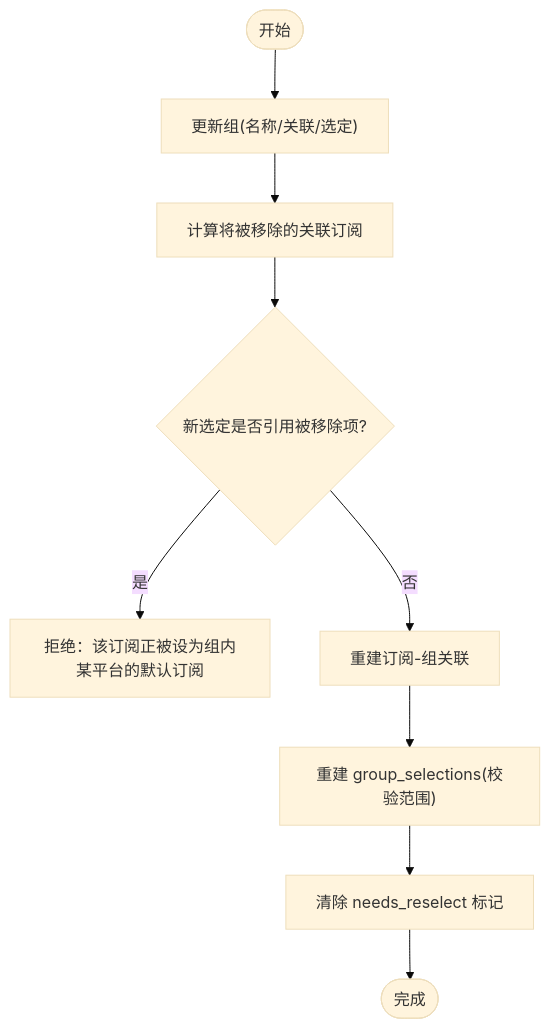
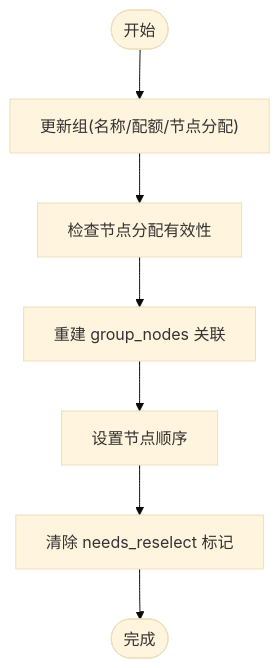
The fifth of 12 diagrams in .qoder/repowiki/zh/content/核心功能模块/核心功能模块.md (AlcaProphet/VPN-Subscription-Management), drawn with Mermaid (base theme) before and after one commit. The commit also changed other lines of this file and 109 other files, not shown here.

````diff
--- a/.qoder/repowiki/zh/content/核心功能模块/核心功能模块.md
+++ b/.qoder/repowiki/zh/content/核心功能模块/核心功能模块.md
@@ -227,11 +244,9 @@
 ```mermaid
 flowchart TD
-Start(["开始"]) --> UpdateGroup["更新组(名称/关联/选定)"]
-UpdateGroup --> DiffRemoved["计算将被移除的关联订阅"]
-DiffRemoved --> CheckSelection{"新选定是否引用被移除项?"}
-CheckSelection --> |是| ErrInSel["拒绝：该订阅正被设为组内某平台的默认订阅"]
-CheckSelection --> |否| RebuildRel["重建订阅-组关联"]
-RebuildRel --> RebuildSel["重建 group_selections(校验范围)"]
-RebuildSel --> ClearFlag["清除 needs_reselect 标记"]
+Start(["开始"]) --> UpdateGroup["更新组(名称/配额/节点分配)"]
+UpdateGroup --> CheckNodes["检查节点分配有效性"]
+CheckNodes --> RebuildRel["重建 group_nodes 关联"]
+RebuildRel --> SetOrder["设置节点顺序"]
+SetOrder --> ClearFlag["清除 needs_reselect 标记"]
 ClearFlag --> End(["完成"])
 ```
````
